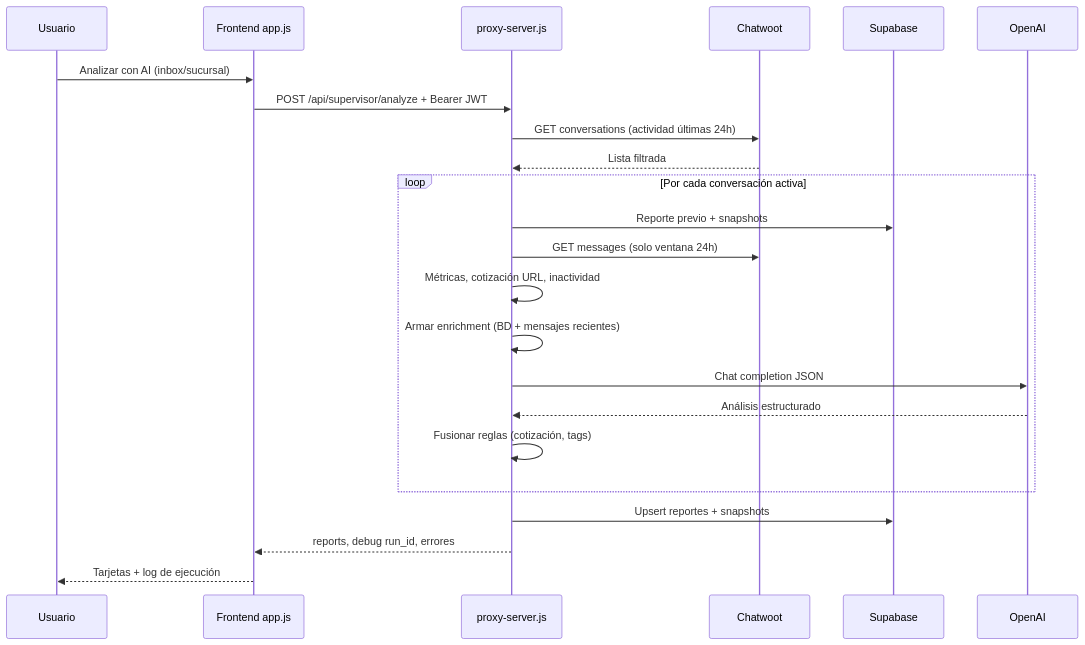
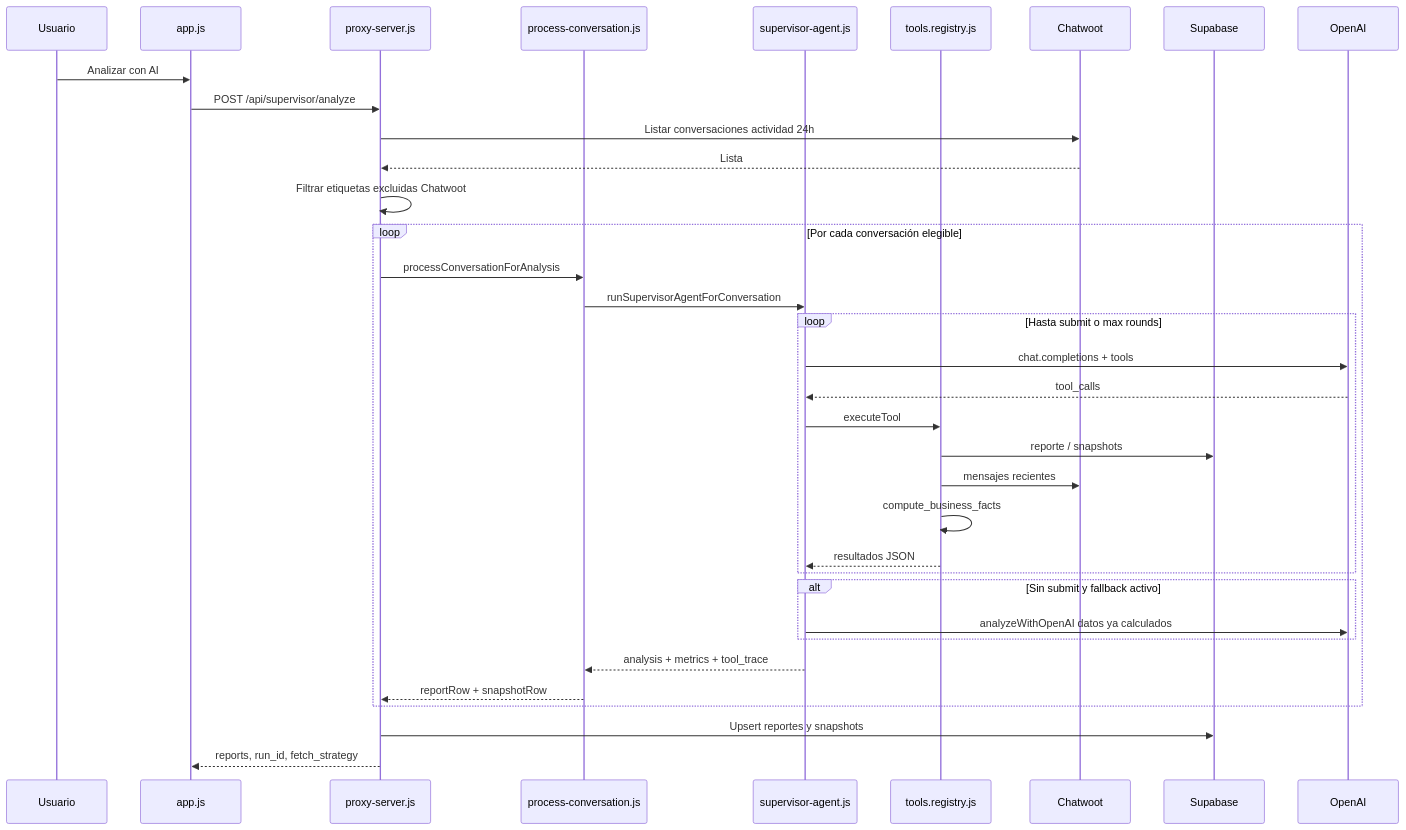
One commit to dajosava/ontime_aisupervisor changed the third of 4 diagrams in README.md. Above: the diagram before and after it, drawn with Mermaid. The commit also changed other lines of this file and 28 other files, not shown here.

````diff
--- a/README.md
+++ b/README.md
@@ -98,29 +206,44 @@
 ```mermaid
 sequenceDiagram
   participant U as Usuario
-  participant UI as Frontend app.js
+  participant UI as app.js
   participant API as proxy-server.js
+  participant Proc as process-conversation.js
+  participant Ag as supervisor-agent.js
+  participant Tools as tools.registry.js
   participant CW as Chatwoot
   participant DB as Supabase
   participant AI as OpenAI
 
-  U->>UI: Analizar con AI (inbox/sucursal)
-  UI->>API: POST /api/supervisor/analyze + Bearer JWT
+  U->>UI: Analizar con AI
+  UI->>API: POST /api/supervisor/analyze
 
-  API->>CW: GET conversations (actividad últimas 24h)
-  CW-->>API: Lista filtrada
+  API->>CW: Listar conversaciones actividad 24h
+  CW-->>API: Lista
+  API->>API: Filtrar etiquetas excluidas Chatwoot
 
-  loop Por cada conversación activa
-    API->>DB: Reporte previo + snapshots
-    API->>CW: GET messages (solo ventana 24h)
-    API->>API: Métricas, cotización URL, inactividad
-    API->>API: Armar enrichment (BD + mensajes recientes)
-    API->>AI: Chat completion JSON
-    AI-->>API: Análisis estructurado
-    API->>API: Fusionar reglas (cotización, tags)
+  loop Por cada conversación elegible
+    API->>Proc: processConversationForAnalysis
+    Proc->>Ag: runSupervisorAgentForConversation
+
+    loop Hasta submit o max rounds
+      Ag->>AI: chat.completions + tools
+      AI-->>Ag: tool_calls
+      Ag->>Tools: executeTool
+      Tools->>DB: reporte / snapshots
+      Tools->>CW: mensajes recientes
+      Tools->>Tools: compute_business_facts
+      Tools-->>Ag: resultados JSON
+    end
+
+    alt Sin submit y fallback activo
+      Ag->>AI: analyzeWithOpenAI datos ya calculados
+    end
+
+    Ag-->>Proc: analysis + metrics + tool_trace
+    Proc-->>API: reportRow + snapshotRow
   end
 
-  API->>DB: Upsert reportes + snapshots
-  API-->>UI: reports, debug run_id, errores
-  UI-->>U: Tarjetas + log de ejecución
+  API->>DB: Upsert reportes y snapshots
+  API-->>UI: reports, run_id, fetch_strategy
 ```
````
